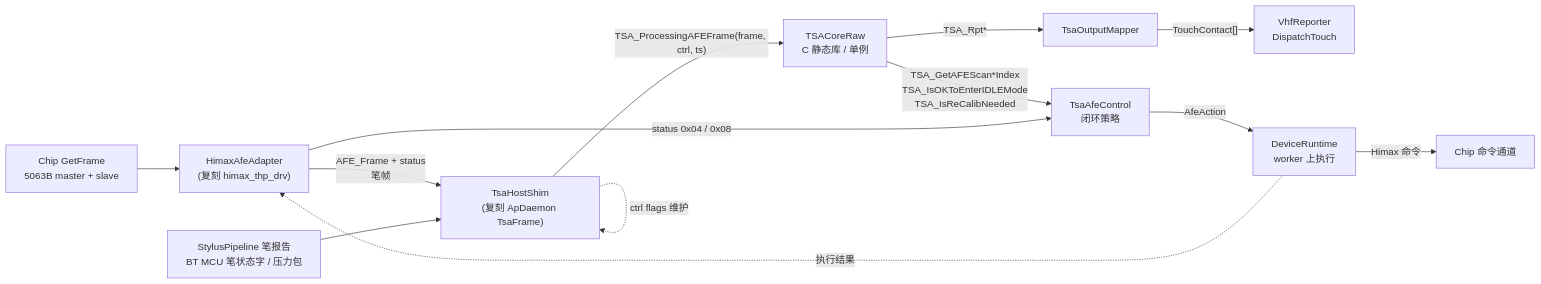
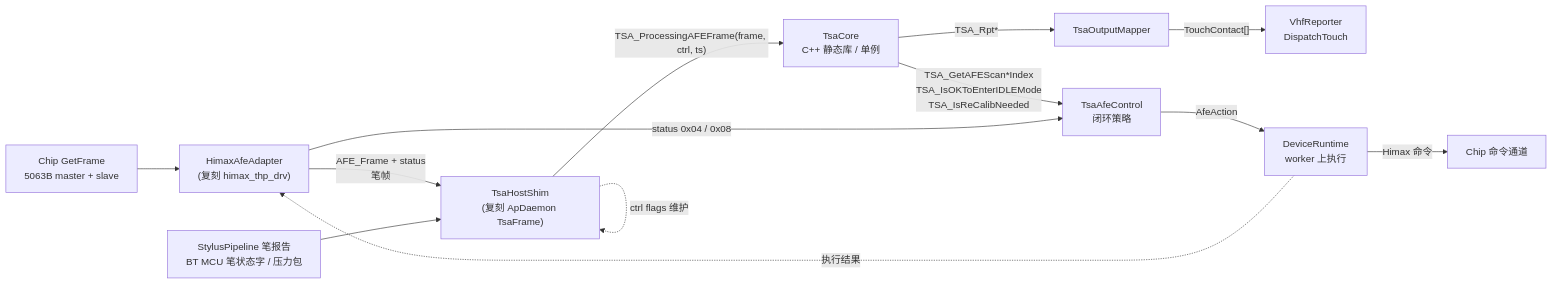
One commit to awarson2233/EGoTouchRev changed the first of 9 diagrams in docs/finger_algorithms/tsacore-raw-integration.md. Above: the diagram before and after it, drawn with Mermaid. The commit also changed other lines of this file and 54 other files, not shown here.

````diff
--- a/docs/finger_algorithms/tsacore-raw-integration.md
+++ b/docs/finger_algorithms/tsacore-raw-integration.md
@@ -22,15 +22,15 @@
 ```mermaid
 flowchart LR
     SPI["Chip GetFrame<br/>5063B master + slave"] --> AD["HimaxAfeAdapter<br/>(复刻 himax_thp_drv)"]
     AD -->|"AFE_Frame + status<br/>笔帧"| SH["TsaHostShim<br/>(复刻 ApDaemon TsaFrame)"]
     PEN["StylusPipeline 笔报告<br/>BT MCU 笔状态字 / 压力包"] --> SH
-    SH -->|"TSA_ProcessingAFEFrame(frame, ctrl, ts)"| RAW["TSACoreRaw<br/>C 静态库 / 单例"]
+    SH -->|"TSA_ProcessingAFEFrame(frame, ctrl, ts)"| RAW["TsaCore<br/>C++ 静态库 / 单例"]
     RAW -->|"TSA_Rpt*"| OM["TsaOutputMapper"]
     OM -->|"TouchContact[]"| VHF["VhfReporter<br/>DispatchTouch"]
     RAW -->|"TSA_GetAFEScan*Index<br/>TSA_IsOKToEnterIDLEMode<br/>TSA_IsReCalibNeeded"| CL["TsaAfeControl<br/>闭环策略"]
     AD -->|"status 0x04 / 0x08"| CL
     CL -->|"AfeAction"| RTX["DeviceRuntime<br/>worker 上执行"]
     RTX -->|"Himax 命令"| CHIP["Chip 命令通道"]
     RTX -.->|"执行结果"| AD
     SH -.->|"ctrl flags 维护"| SH
 ```
````
